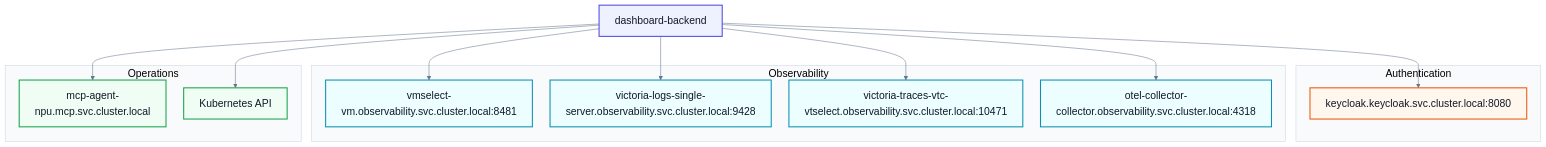
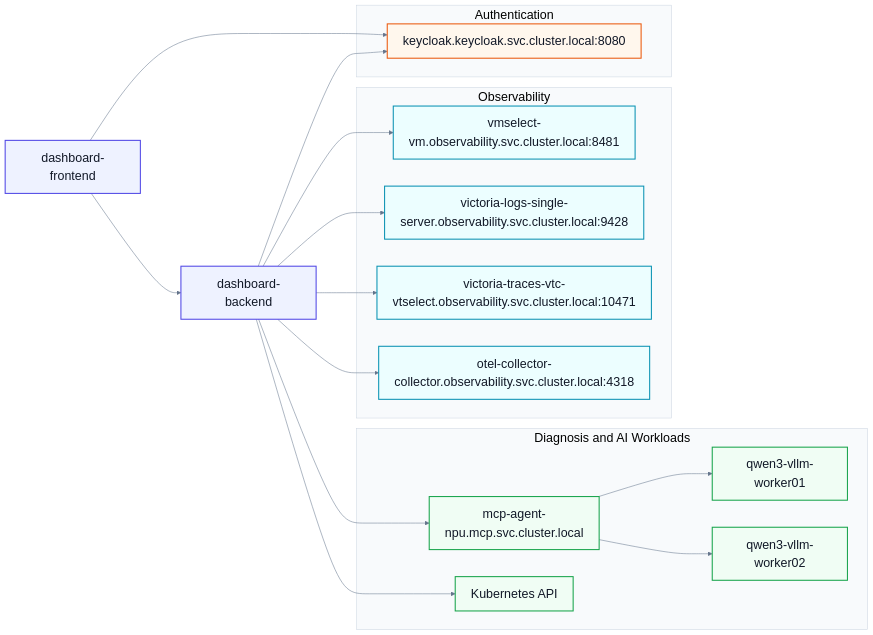
Before and after one commit to jwjinn/kubernetes-dashboard: the third of 3 diagrams in README.md, drawn with Mermaid. The commit also changed other lines of this file and 1 other file, not shown here.

Commit message:
Refine README runtime architecture notes

````diff
--- a/README.md
+++ b/README.md
@@ -417,57 +424,64 @@
 ```mermaid
 %%{init: {
   "theme": "base",
   "themeVariables": {
-    "fontSize": "20px",
+    "fontSize": "24px",
     "fontFamily": "ui-sans-serif, system-ui, -apple-system, BlinkMacSystemFont, Segoe UI, sans-serif",
     "primaryColor": "#eef2ff",
     "primaryBorderColor": "#4f46e5",
     "primaryTextColor": "#111827",
     "lineColor": "#64748b",
     "clusterBkg": "#f8fafc",
     "clusterBorder": "#cbd5e1"
   },
   "flowchart": {
-    "nodeSpacing": 34,
-    "rankSpacing": 56,
+    "nodeSpacing": 52,
+    "rankSpacing": 78,
     "curve": "basis",
     "useMaxWidth": true
   }
 }}%%
-flowchart TB
+flowchart LR
+    FE[dashboard-frontend]
     BE[dashboard-backend]
 
     subgraph AUTH[Authentication]
         KC[keycloak.keycloak.svc.cluster.local:8080]
     end
 
     subgraph OBS[Observability]
         METRICS[vmselect-vm.observability.svc.cluster.local:8481]
         LOGS[victoria-logs-single-server.observability.svc.cluster.local:9428]
         TRACES[victoria-traces-vtc-vtselect.observability.svc.cluster.local:10471]
         OTEL[otel-collector-collector.observability.svc.cluster.local:4318]
     end
 
-    subgraph OPS[Operations]
+    subgraph OPS[Diagnosis and AI Workloads]
         MCP[mcp-agent-npu.mcp.svc.cluster.local]
+        APP1[qwen3-vllm-worker01]
+        APP2[qwen3-vllm-worker02]
         K8S[Kubernetes API]
     end
 
+    FE --> KC
+    FE --> BE
     BE --> KC
     BE --> METRICS
     BE --> LOGS
     BE --> TRACES
     BE --> OTEL
     BE --> MCP
     BE --> K8S
+    MCP --> APP1
+    MCP --> APP2
 
     classDef core fill:#eef2ff,stroke:#4f46e5,stroke-width:2px,color:#111827;
     classDef auth fill:#fff7ed,stroke:#ea580c,stroke-width:2px,color:#111827;
     classDef obs fill:#ecfeff,stroke:#0891b2,stroke-width:2px,color:#111827;
     classDef ops fill:#f0fdf4,stroke:#16a34a,stroke-width:2px,color:#111827;
 
-    class BE core;
+    class FE,BE core;
     class KC auth;
     class METRICS,LOGS,TRACES,OTEL obs;
-    class MCP,K8S ops;
+    class MCP,APP1,APP2,K8S ops;
 ```
````
